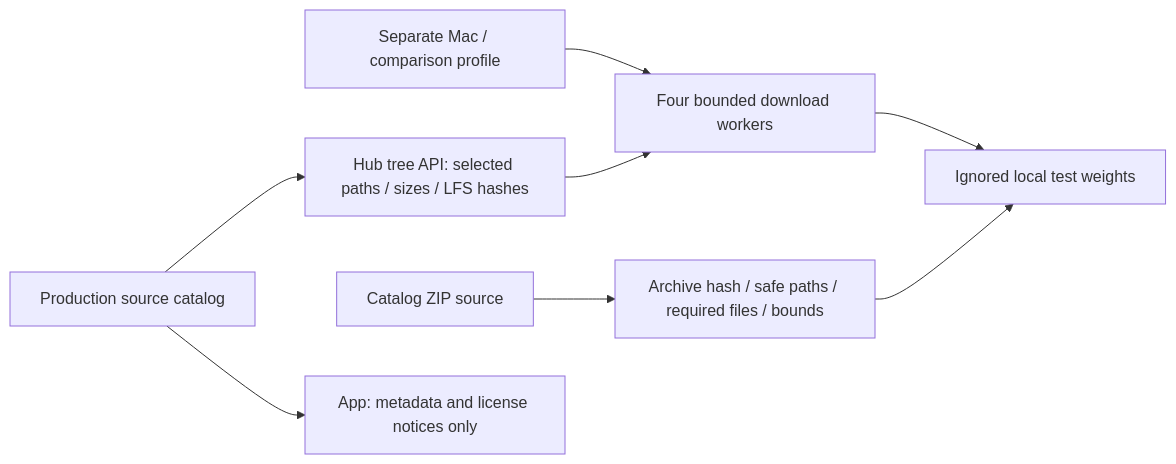
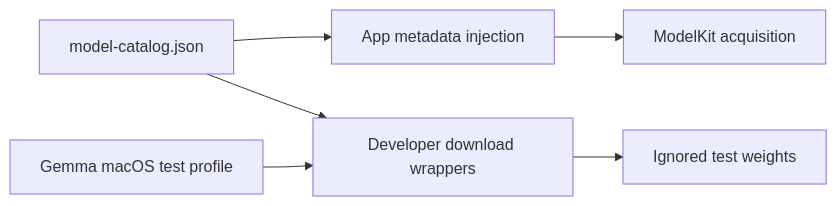
Before and after one commit to devilyouwei/MobileHarness: the diagram in MobileHarness/Resources/Models/README.md, drawn with Mermaid. The commit also changed other lines of this file and 116 other files, not shown here.

````diff
--- a/MobileHarness/Resources/Models/README.md
+++ b/MobileHarness/Resources/Models/README.md
@@ -25,10 +15,8 @@
 ```mermaid
 flowchart LR
-    Catalog[Production source catalog] --> Resolve[Hub tree API: selected paths / sizes / LFS hashes]
-    Tests[Separate Mac / comparison profile] --> Download[Four bounded download workers]
-    Resolve --> Download
-    Download --> Local[Ignored local test weights]
-    ZIP[Catalog ZIP source] --> Verify[Archive hash / safe paths / required files / bounds]
-    Verify --> Local
-    Catalog --> Bundle[App: metadata and license notices only]
+ Catalog[model-catalog.json] --> App[App metadata injection]
+ Catalog --> Scripts[Developer download wrappers]
+ Profile[Gemma macOS test profile] --> Scripts
+ Scripts --> Weights[Ignored test weights]
+ App --> Management[ModelKit acquisition]
 ```
````
